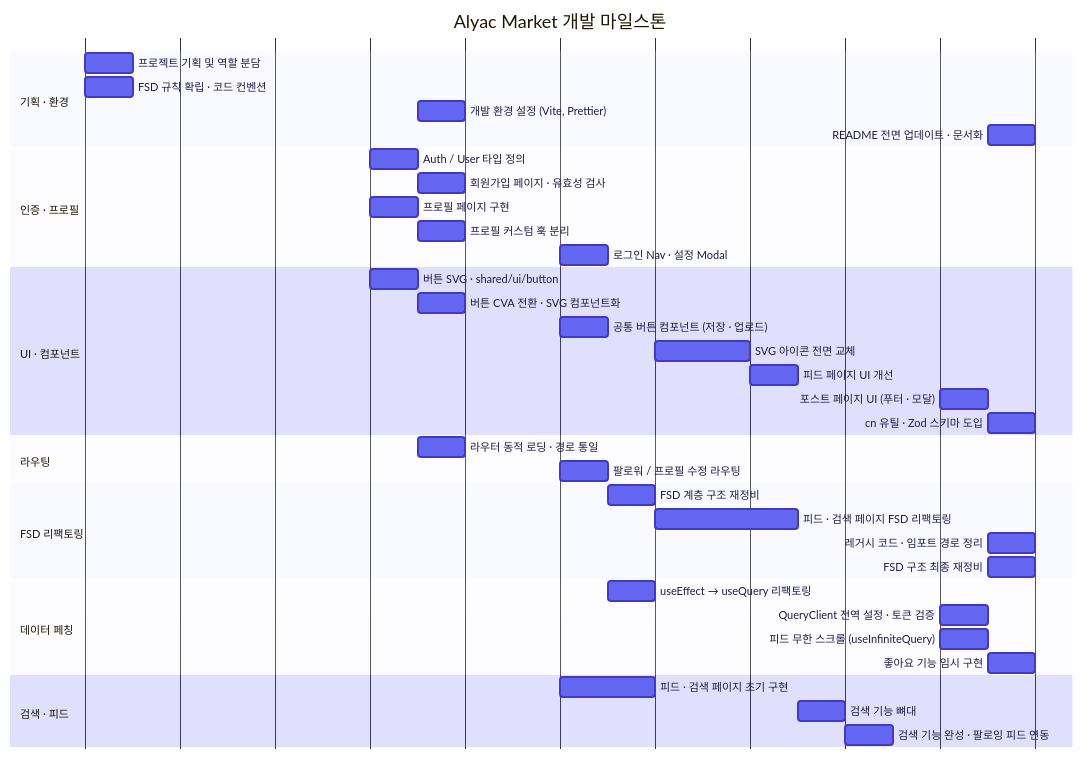
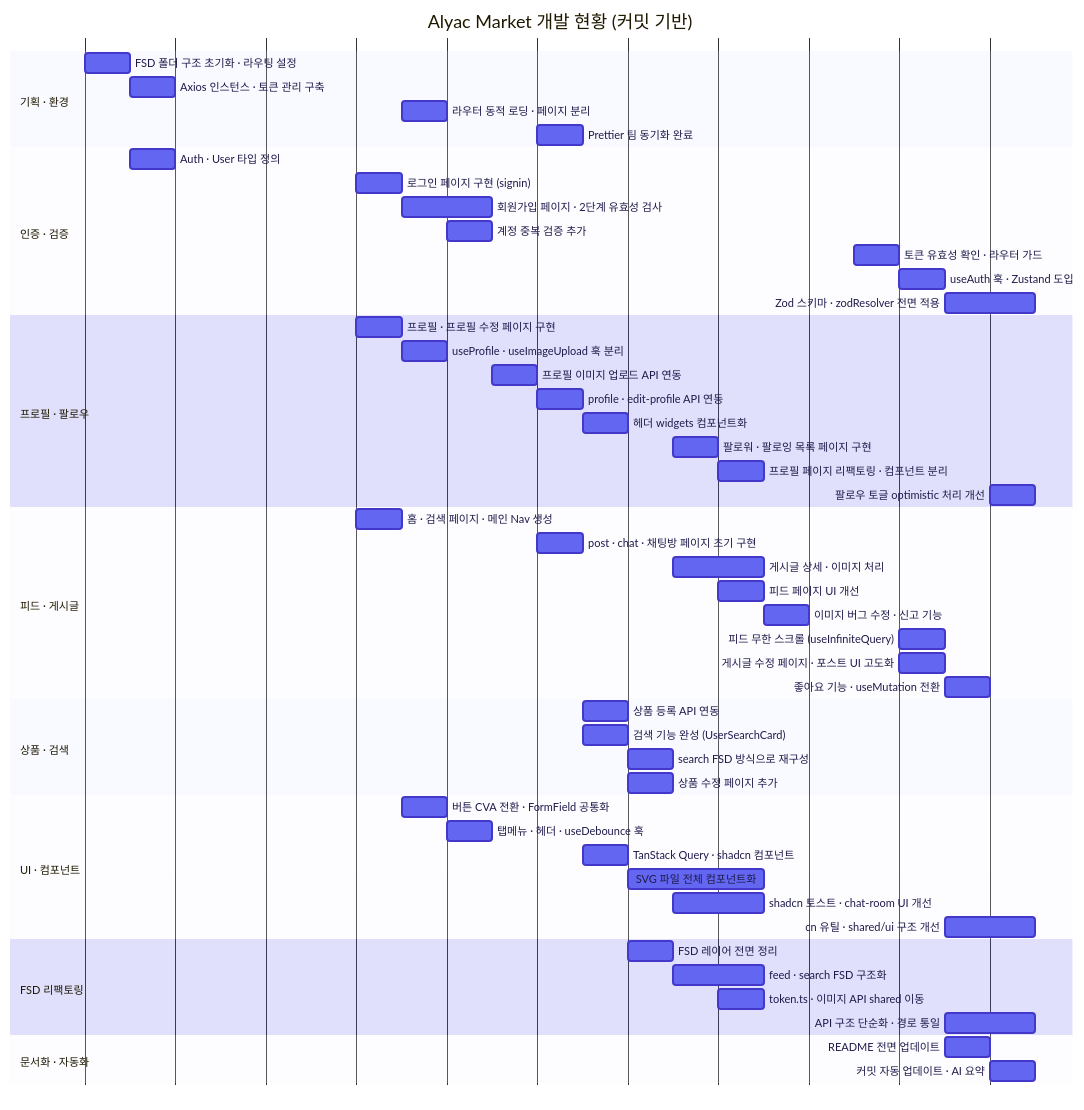
The first of 4 diagrams in README.md (3rd-project-team-1/ALYAC-market-team1), drawn with Mermaid before and after one commit. The commit also changed other lines of this file, not shown here.

Commit message:
docs:readme - 커밋요약본을 이용해 차트 업데이트

````diff
--- a/README.md
+++ b/README.md
@@ -38,50 +38,66 @@
   'todayLineColor': '#ec4899'
 } } }%%
 gantt
-    title Alyac Market 개발 마일스톤
+    title Alyac Market 개발 현황 (커밋 기반)
     dateFormat  YYYY-MM-DD
     axisFormat  %m/%d
 
     section 기획 · 환경
-    프로젝트 기획 및 역할 분담          :done, d1,   2026-02-13, 1d
-    FSD 규칙 확립 · 코드 컨벤션         :done, d1b,  2026-02-13, 1d
-    개발 환경 설정 (Vite, Prettier)     :done, d3,   2026-02-20, 1d
-    README 전면 업데이트 · 문서화        :done, d10a, 2026-03-04, 1d
+    FSD 폴더 구조 초기화 · 라우팅 설정     :done, g1, 2026-02-13, 1d
+    Axios 인스턴스 · 토큰 관리 구축        :done, g2, 2026-02-14, 1d
+    라우터 동적 로딩 · 페이지 분리         :done, g3, 2026-02-20, 1d
+    Prettier 팀 동기화 완료               :done, g4, 2026-02-23, 1d
 
-    section 인증 · 프로필
-    Auth / User 타입 정의               :done, d2a,  2026-02-19, 1d
-    회원가입 페이지 · 유효성 검사        :done, d3a,  2026-02-20, 1d
-    프로필 페이지 구현                   :done, d2b,  2026-02-19, 1d
-    프로필 커스텀 훅 분리                :done, d3b,  2026-02-20, 1d
-    로그인 Nav · 설정 Modal             :done, d4a,  2026-02-23, 1d
+    section 인증 · 검증
+    Auth · User 타입 정의                  :done, a1, 2026-02-14, 1d
+    로그인 페이지 구현 (signin)            :done, a2, 2026-02-19, 1d
+    회원가입 페이지 · 2단계 유효성 검사    :done, a3, 2026-02-20, 2d
+    계정 중복 검증 추가                   :done, a4, 2026-02-21, 1d
+    토큰 유효성 확인 · 라우터 가드        :done, a5, 2026-03-02, 1d
+    useAuth 훅 · Zustand 도입             :done, a6, 2026-03-03, 1d
+    Zod 스키마 · zodResolver 전면 적용    :done, a7, 2026-03-04, 2d
+
+    section 프로필 · 팔로우
+    프로필 · 프로필 수정 페이지 구현      :done, p1, 2026-02-19, 1d
+    useProfile · useImageUpload 훅 분리  :done, p2, 2026-02-20, 1d
+    프로필 이미지 업로드 API 연동         :done, p3, 2026-02-22, 1d
+    profile · edit-profile API 연동      :done, p4, 2026-02-23, 1d
+    헤더 widgets 컴포넌트화              :done, p5, 2026-02-24, 1d
+    팔로워 · 팔로잉 목록 페이지 구현     :done, p6, 2026-02-26, 1d
+    프로필 페이지 리팩토링 · 컴포넌트 분리:done, p7, 2026-02-27, 1d
+    팔로우 토글 optimistic 처리 개선     :done, p8, 2026-03-05, 1d
+
+    section 피드 · 게시글
+    홈 · 검색 페이지 · 메인 Nav 생성     :done, f1, 2026-02-19, 1d
+    post · chat · 채팅방 페이지 초기 구현:done, f2, 2026-02-23, 1d
+    게시글 상세 · 이미지 처리            :done, f3, 2026-02-26, 2d
+    피드 페이지 UI 개선                  :done, f4, 2026-02-27, 1d
+    이미지 버그 수정 · 신고 기능         :done, f5, 2026-02-28, 1d
+    피드 무한 스크롤 (useInfiniteQuery)  :done, f6, 2026-03-03, 1d
+    게시글 수정 페이지 · 포스트 UI 고도화:done, f7, 2026-03-03, 1d
+    좋아요 기능 · useMutation 전환       :done, f8, 2026-03-04, 1d
+
+    section 상품 · 검색
+    상품 등록 API 연동                   :done, s1, 2026-02-24, 1d
+    검색 기능 완성 (UserSearchCard)      :done, s2, 2026-02-24, 1d
+    search FSD 방식으로 재구성           :done, s3, 2026-02-25, 1d
+    상품 수정 페이지 추가                :done, s4, 2026-02-25, 1d
 
     section UI · 컴포넌트
-    버튼 SVG · shared/ui/button         :done, d2c,  2026-02-19, 1d
-    버튼 CVA 전환 · SVG 컴포넌트화      :done, d3c,  2026-02-20, 1d
-    공통 버튼 컴포넌트 (저장 · 업로드)  :done, d4b,  2026-02-23, 1d
-    SVG 아이콘 전면 교체                 :done, d6a,  2026-02-25, 2d
-    피드 페이지 UI 개선                  :done, d8a,  2026-02-27, 1d
-    포스트 페이지 UI (푸터 · 모달)       :done, d9a,  2026-03-03, 1d
-    cn 유틸 · Zod 스키마 도입            :done, d10b, 2026-03-04, 1d
-
-    section 라우팅
-    라우터 동적 로딩 · 경로 통일         :done, d3d,  2026-02-20, 1d
-    팔로워 / 프로필 수정 라우팅          :done, d4c,  2026-02-23, 1d
+    버튼 CVA 전환 · FormField 공통화     :done, u1, 2026-02-20, 1d
+    탭메뉴 · 헤더 · useDebounce 훅      :done, u2, 2026-02-21, 1d
+    TanStack Query · shadcn 컴포넌트    :done, u3, 2026-02-24, 1d
+    SVG 파일 전체 컴포넌트화            :done, u4, 2026-02-25, 3d
+    shadcn 토스트 · chat-room UI 개선   :done, u5, 2026-02-26, 2d
+    cn 유틸 · shared/ui 구조 개선       :done, u6, 2026-03-04, 2d
 
     section FSD 리팩토링
-    FSD 계층 구조 재정비                 :done, d5a,  2026-02-24, 1d
-    피드 · 검색 페이지 FSD 리팩토링     :done, d6b,  2026-02-25, 3d
-    레거시 코드 · 임포트 경로 정리       :done, d10d, 2026-03-04, 1d
-    FSD 구조 최종 재정비                 :done, d10e, 2026-03-04, 1d
+    FSD 레이어 전면 정리                 :done, r1, 2026-02-25, 1d
+    feed · search FSD 구조화           :done, r2, 2026-02-26, 2d
+    token.ts · 이미지 API shared 이동  :done, r3, 2026-02-27, 1d
+    API 구조 단순화 · 경로 통일         :done, r4, 2026-03-04, 2d
 
-    section 데이터 페칭
-    useEffect → useQuery 리팩토링       :done, d5b,  2026-02-24, 1d
-    QueryClient 전역 설정 · 토큰 검증   :done, d9b,  2026-03-03, 1d
-    피드 무한 스크롤 (useInfiniteQuery) :done, d9c,  2026-03-03, 1d
-    좋아요 기능 임시 구현                :done, d10c, 2026-03-04, 1d
-
-    section 검색 · 피드
-    피드 · 검색 페이지 초기 구현         :done, d1c,  2026-02-23, 2d
-    검색 기능 뼈대                        :done, d6c,  2026-02-28, 1d
-    검색 기능 완성 · 팔로잉 피드 연동    :done, d7a,  2026-03-01, 1d
+    section 문서화 · 자동화
+    README 전면 업데이트                 :done, d1, 2026-03-04, 1d
+    커밋 자동 업데이트 · AI 요약         :done, d2, 2026-03-05, 1d
 ```
````
